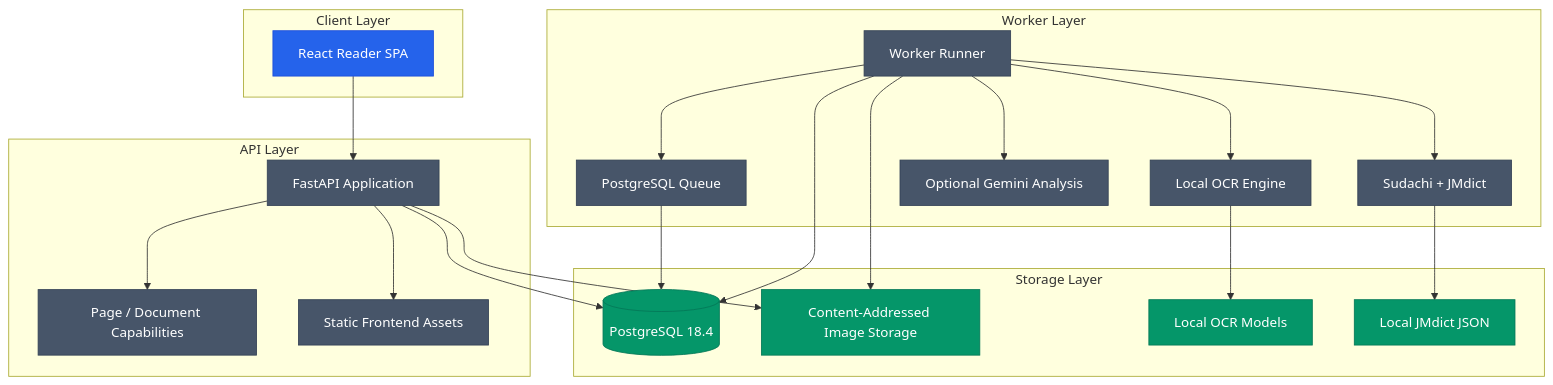
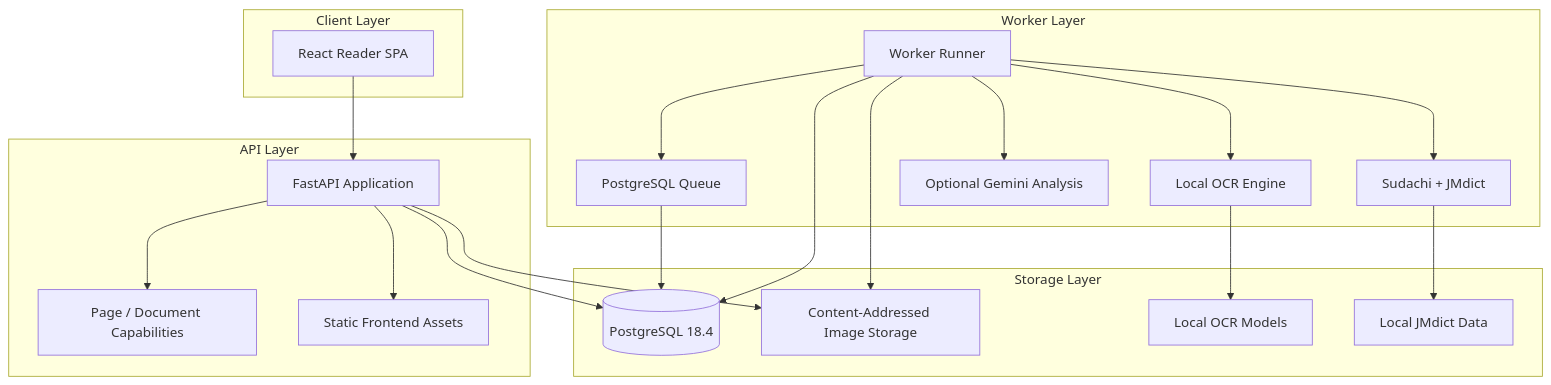
One commit to Gyliardson/mangasensei changed the diagram in README.md. Above: the diagram before and after it, drawn with Mermaid. The commit also changed other lines of this file, not shown here.

````diff
--- a/README.md
+++ b/README.md
@@ -56,44 +233,38 @@
 ```mermaid
 flowchart TD
     subgraph Client["Client Layer"]
         Browser["React Reader SPA"]
     end
     subgraph API["API Layer"]
         FastAPI["FastAPI Application"]
         Capabilities["Page / Document Capabilities"]
         Static["Static Frontend Assets"]
     end
     subgraph Worker["Worker Layer"]
         Runner["Worker Runner"]
         Queue["PostgreSQL Queue"]
         OCR["Local OCR Engine"]
         Linguistics["Sudachi + JMdict"]
         Gemini["Optional Gemini Analysis"]
     end
     subgraph Storage["Storage Layer"]
         DB[("PostgreSQL 18.4")]
         Files["Content-Addressed Image Storage"]
         Models["Local OCR Models"]
-        Dictionary["Local JMdict JSON"]
+        Dictionary["Local JMdict Data"]
     end
     Browser --> FastAPI
     FastAPI --> Capabilities
     FastAPI --> Static
     FastAPI --> DB
     FastAPI --> Files
+    Runner --> Queue
     Queue --> DB
-    Runner --> Queue
     Runner --> OCR
     Runner --> Linguistics
     Runner --> Gemini
     OCR --> Models
     Linguistics --> Dictionary
     Runner --> DB
     Runner --> Files
-    classDef client fill:#2563eb,stroke:#1d4ed8,color:#ffffff;
-    classDef service fill:#475569,stroke:#334155,color:#ffffff;
-    classDef data fill:#059669,stroke:#047857,color:#ffffff;
-    class Browser client;
-    class FastAPI,Capabilities,Static,Runner,Queue,OCR,Linguistics,Gemini service;
-    class DB,Files,Models,Dictionary data;
 ```
````
